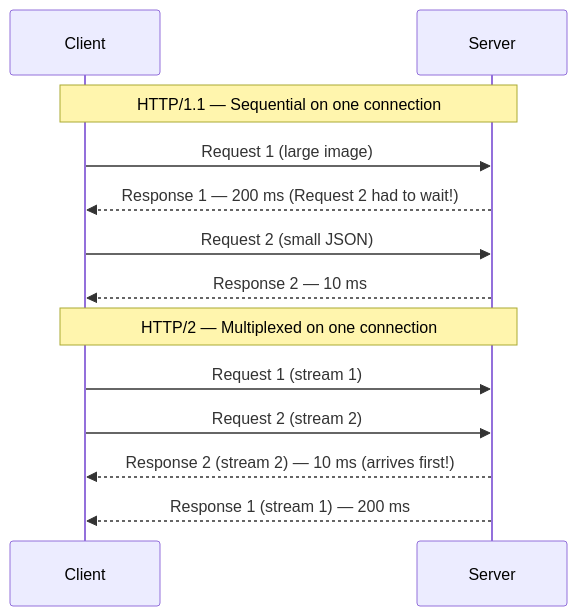
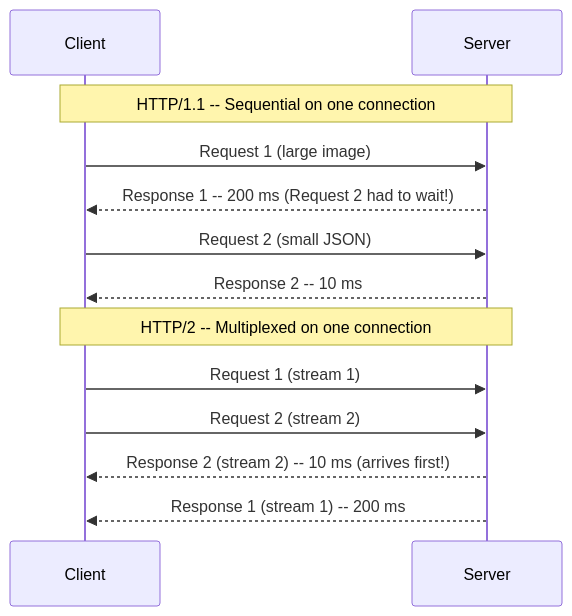
Diagram 17 of 19 in Section0/Chapter_1_Systems_Servers_Clients.md (ranjeetnegi/System-Design-for-Staff-SWE), drawn with Mermaid before and after one commit. The commit also changed other lines of this file and 11 other files, not shown here.

````diff
--- a/Section0/Chapter_1_Systems_Servers_Clients.md
+++ b/Section0/Chapter_1_Systems_Servers_Clients.md
@@ -2337,17 +2337,17 @@
 ```mermaid
 sequenceDiagram
     participant C as Client
     participant S as Server
 
-    Note over C,S: HTTP/1.1 — Sequential on one connection
+    Note over C,S: HTTP/1.1 -- Sequential on one connection
     C->>S: Request 1 (large image)
-    S-->>C: Response 1 — 200 ms (Request 2 had to wait!)
+    S-->>C: Response 1 -- 200 ms (Request 2 had to wait!)
     C->>S: Request 2 (small JSON)
-    S-->>C: Response 2 — 10 ms
+    S-->>C: Response 2 -- 10 ms
 
-    Note over C,S: HTTP/2 — Multiplexed on one connection
+    Note over C,S: HTTP/2 -- Multiplexed on one connection
     C->>S: Request 1 (stream 1)
     C->>S: Request 2 (stream 2)
-    S-->>C: Response 2 (stream 2) — 10 ms (arrives first!)
-    S-->>C: Response 1 (stream 1) — 200 ms
+    S-->>C: Response 2 (stream 2) -- 10 ms (arrives first!)
+    S-->>C: Response 1 (stream 1) -- 200 ms
 ```
````
